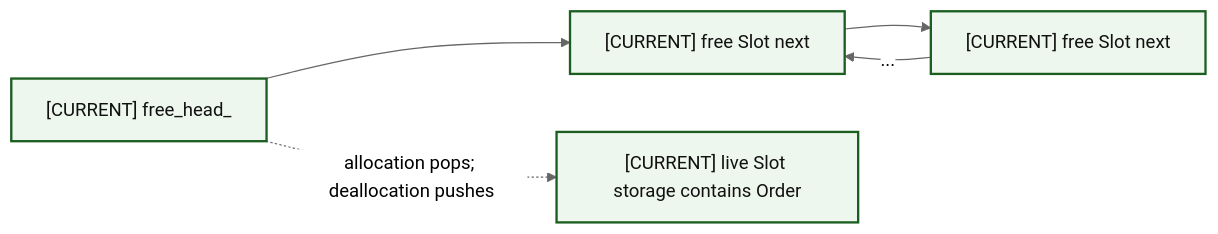
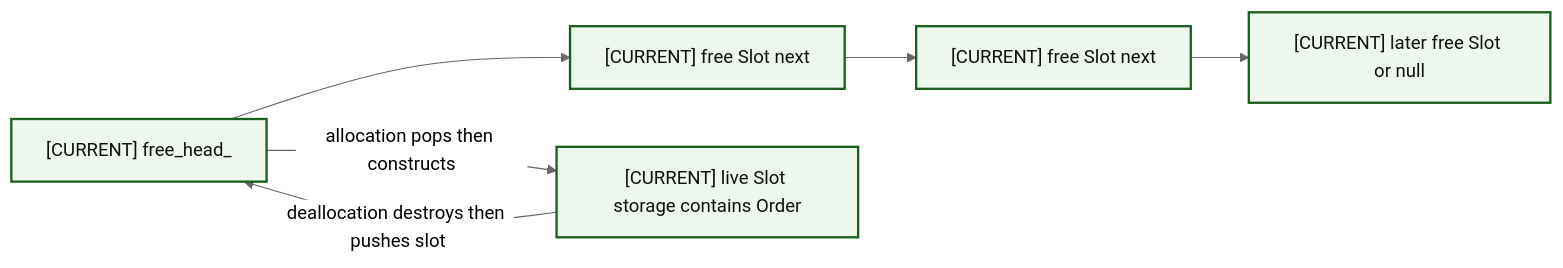
Before and after one commit to Ahmed-Aljassem/Helios: the fourth of 10 diagrams in docs/helios-architecture-atlas/07-memory-ownership-and-layout.md, drawn with Mermaid (neutral theme). The commit also changed other lines of this file and 19 other files, not shown here.

````diff
--- a/docs/helios-architecture-atlas/07-memory-ownership-and-layout.md
+++ b/docs/helios-architecture-atlas/07-memory-ownership-and-layout.md
@@ -137,17 +137,19 @@
 ```mermaid
 flowchart LR
     H["[CURRENT] free_head_"]:::current
     F1["[CURRENT] free Slot next"]:::current
     F2["[CURRENT] free Slot next"]:::current
+    FN["[CURRENT] later free Slot or null"]:::current
     L["[CURRENT] live Slot storage contains Order"]:::current
     H --> F1
     F1 --> F2
-    F2 -->|...| F1
-    H -.->|allocation pops; deallocation pushes| L
+    F2 --> FN
+    H -->|allocation pops then constructs| L
+    L -->|deallocation destroys then pushes slot| H
     classDef current fill:#eef7ee,stroke:#1b5e20,stroke-width:2px,color:#111;
     classDef debt fill:#fff4d6,stroke:#b26a00,stroke-width:2px,color:#111;
     classDef invalid fill:#ffe8e8,stroke:#b71c1c,stroke-width:3px,color:#111;
     classDef proposed fill:#e8f1ff,stroke:#1565c0,stroke-width:2px,stroke-dasharray: 6 4,color:#111;
     classDef research fill:#f3f3f3,stroke:#666,stroke-width:2px,stroke-dasharray: 2 4,color:#111;
     classDef context fill:#fafafa,stroke:#777,stroke-width:2px,stroke-dasharray: 2 4,color:#111;
 ```
````
